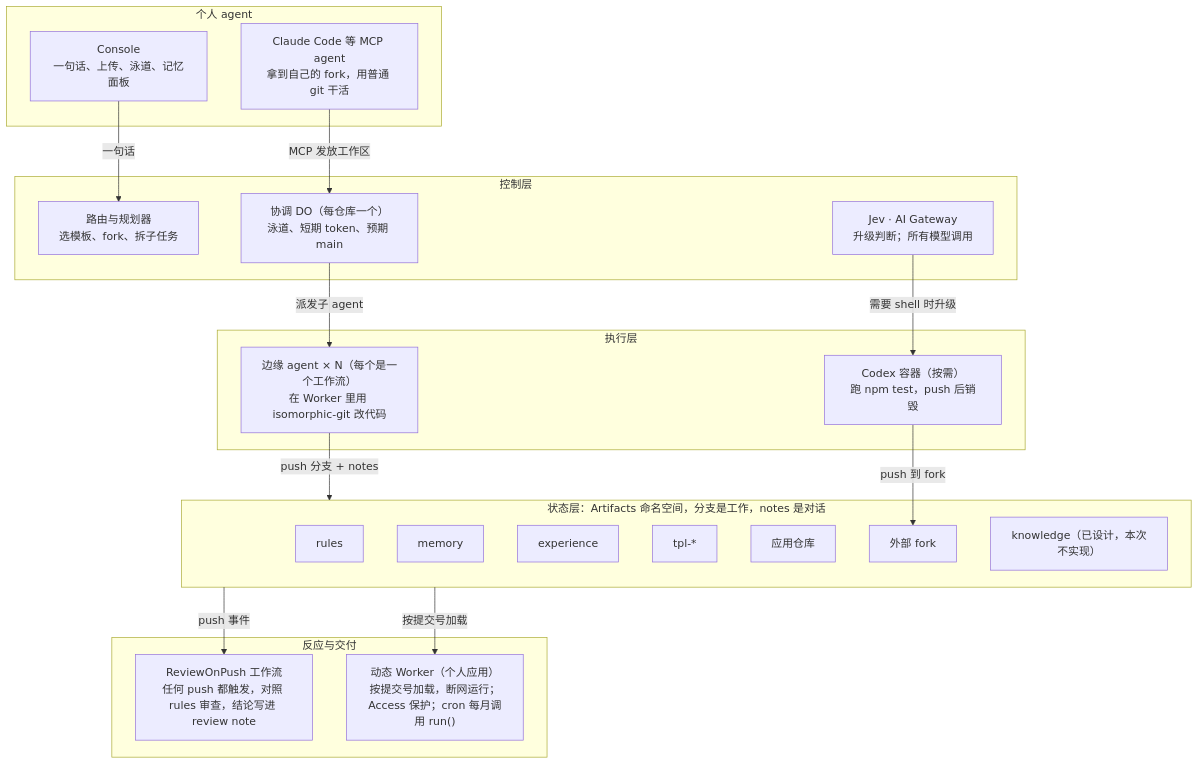
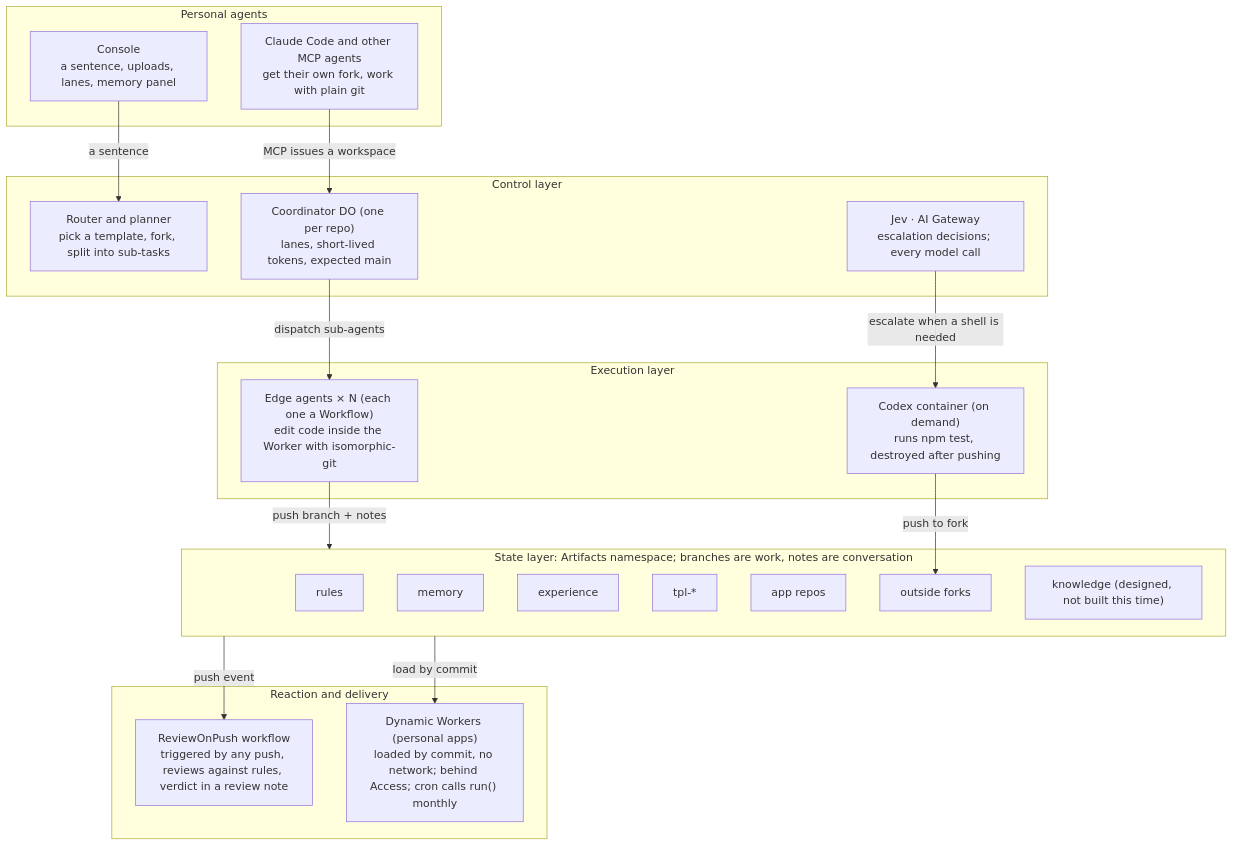
The diagram in DESIGN.md (dorisgyl/artifacts-os), drawn with Mermaid before and after one commit. The commit also changed other lines of this file and 1 other file, not shown here.

Commit message:
Translate DESIGN.md into English and drop the last codex-cloud mention from the README

````diff
--- a/DESIGN.md
+++ b/DESIGN.md
@@ -83,37 +83,37 @@
 ```mermaid
 flowchart TB
-  subgraph L1[个人 agent]
-    Console["Console<br/>一句话、上传、泳道、记忆面板"]
-    MCPAgent["Claude Code 等 MCP agent<br/>拿到自己的 fork，用普通 git 干活"]
+  subgraph L1[Personal agents]
+    Console["Console<br/>a sentence, uploads, lanes, memory panel"]
+    MCPAgent["Claude Code and other MCP agents<br/>get their own fork, work with plain git"]
   end
-  subgraph L2[控制层]
-    Router["路由与规划器<br/>选模板、fork、拆子任务"]
-    Coord["协调 DO（每仓库一个）<br/>泳道、短期 token、预期 main"]
-    Jev["Jev · AI Gateway<br/>升级判断；所有模型调用"]
+  subgraph L2[Control layer]
+    Router["Router and planner<br/>pick a template, fork, split into sub-tasks"]
+    Coord["Coordinator DO (one per repo)<br/>lanes, short-lived tokens, expected main"]
+    Jev["Jev · AI Gateway<br/>escalation decisions; every model call"]
   end
-  subgraph L3[执行层]
-    Edge["边缘 agent × N（每个是一个工作流）<br/>在 Worker 里用 isomorphic-git 改代码"]
-    Ctr["Codex 容器（按需）<br/>跑 npm test，push 后销毁"]
+  subgraph L3[Execution layer]
+    Edge["Edge agents × N (each one a Workflow)<br/>edit code inside the Worker with isomorphic-git"]
+    Ctr["Codex container (on demand)<br/>runs npm test, destroyed after pushing"]
   end
-  subgraph L4[状态层：Artifacts 命名空间，分支是工作，notes 是对话]
+  subgraph L4[State layer: Artifacts namespace; branches are work, notes are conversation]
     R[rules]
     M[memory]
     E[experience]
     T["tpl-*"]
-    A[应用仓库]
-    F[外部 fork]
-    K["knowledge（已设计，本次不实现）"]
+    A[app repos]
+    F[outside forks]
+    K["knowledge (designed, not built this time)"]
   end
-  subgraph L5[反应与交付]
-    Review["ReviewOnPush 工作流<br/>任何 push 都触发，对照 rules 审查，结论写进 review note"]
-    Dyn["动态 Worker（个人应用）<br/>按提交号加载，断网运行；Access 保护；cron 每月调用 run()"]
+  subgraph L5[Reaction and delivery]
+    Review["ReviewOnPush workflow<br/>triggered by any push, reviews against rules, verdict in a review note"]
+    Dyn["Dynamic Workers (personal apps)<br/>loaded by commit, no network; behind Access; cron calls run() monthly"]
   end
-  Console -- 一句话 --> Router
-  MCPAgent -- MCP 发放工作区 --> Coord
-  Coord -- 派发子 agent --> Edge
-  Jev -- 需要 shell 时升级 --> Ctr
-  Edge -- push 分支 + notes --> L4
-  Ctr -- push 到 fork --> F
-  L4 -- push 事件 --> Review
-  L4 -- 按提交号加载 --> Dyn
+  Console -- a sentence --> Router
+  MCPAgent -- MCP issues a workspace --> Coord
+  Coord -- dispatch sub-agents --> Edge
+  Jev -- escalate when a shell is needed --> Ctr
+  Edge -- push branch + notes --> L4
+  Ctr -- push to fork --> F
+  L4 -- push event --> Review
+  L4 -- load by commit --> Dyn
 ```
````
